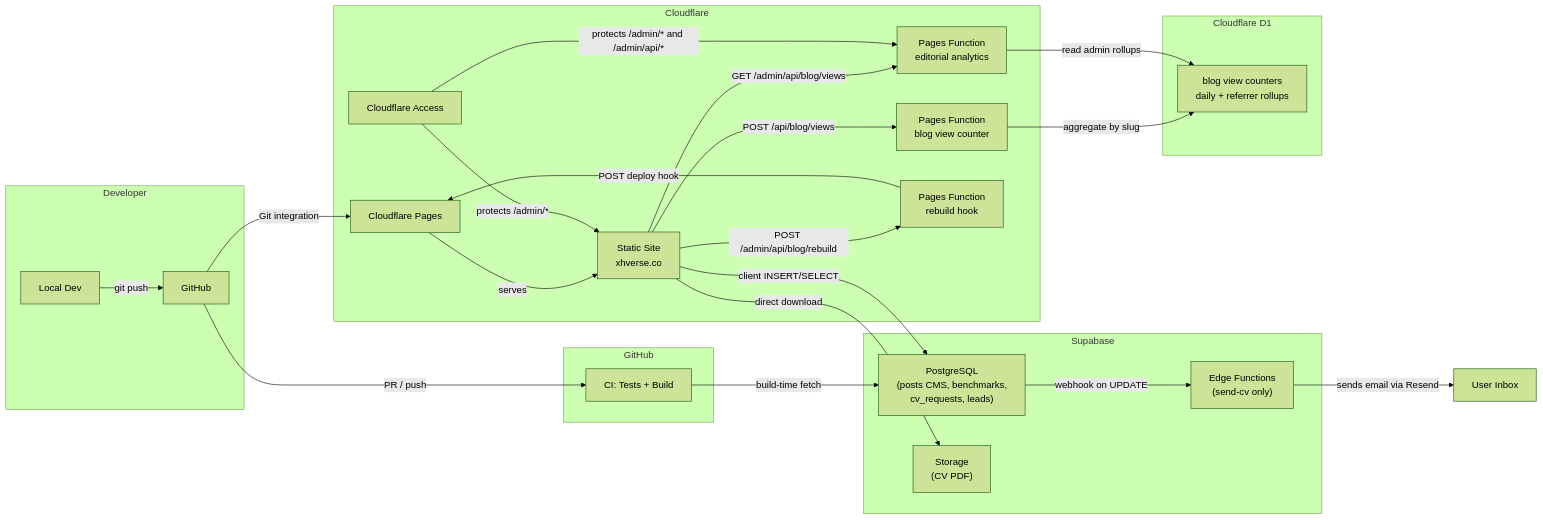
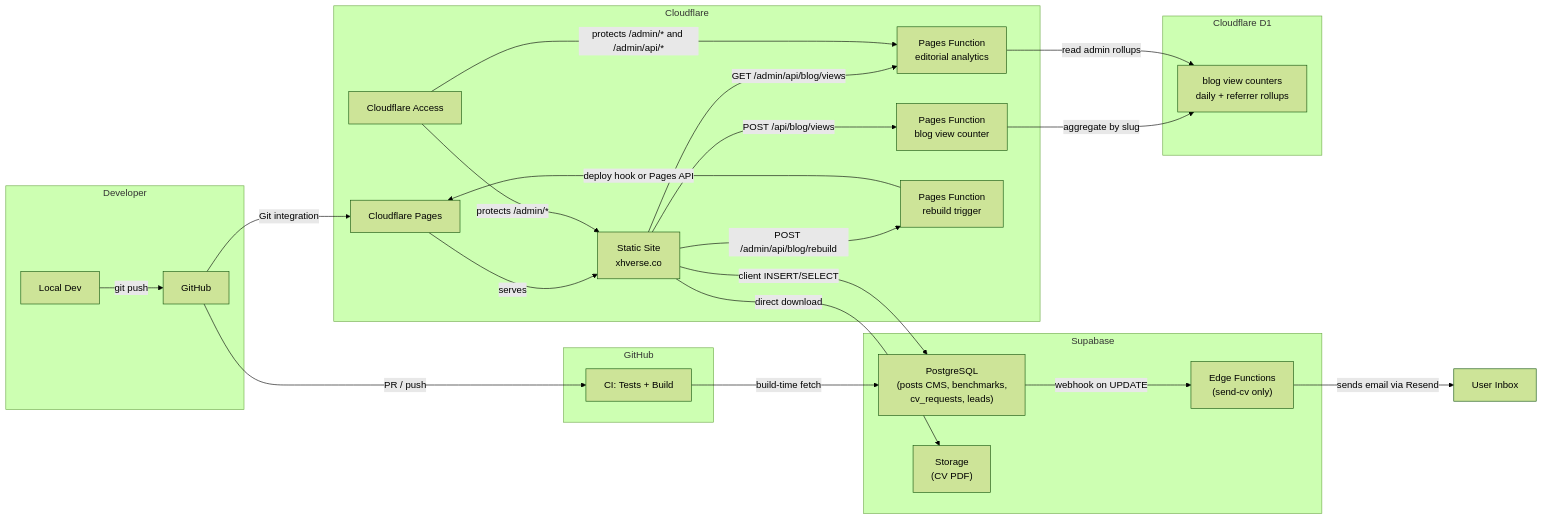
Before and after one commit to devruji/xhverse-site: the diagram in README.md, drawn with Mermaid (forest theme). The commit also changed other lines of this file and 5 other files, not shown here.

Commit message:
Add Pages API rebuild trigger for blog admin

````diff
--- a/README.md
+++ b/README.md
@@ -24,41 +24,41 @@
 ```mermaid
 graph LR
     subgraph Developer
         A[Local Dev] -->|git push| B[GitHub]
     end
 
     subgraph GitHub
         B -->|PR / push| C[CI: Tests + Build]
     end
 
     subgraph Cloudflare
         B -->|Git integration| D[Cloudflare Pages]
         D -->|serves| E["Static Site<br/>xhverse.co"]
         F["Cloudflare Access"] -->|protects /admin/*| E
         E -->|POST /api/blog/views| K["Pages Function<br/>blog view counter"]
         E -->|GET /admin/api/blog/views| L["Pages Function<br/>editorial analytics"]
-        E -->|POST /admin/api/blog/rebuild| N["Pages Function<br/>rebuild hook"]
+        E -->|POST /admin/api/blog/rebuild| N["Pages Function<br/>rebuild trigger"]
         F -->|protects /admin/* and /admin/api/*| L
     end
 
     subgraph Supabase
         G["PostgreSQL<br/>(posts CMS, benchmarks,<br/>cv_requests, leads)"]
         H["Storage<br/>(CV PDF)"]
         I["Edge Functions<br/>(send-cv only)"]
     end
 
     subgraph CloudflareD1["Cloudflare D1"]
         M["blog view counters<br/>daily + referrer rollups"]
     end
 
     C -->|build-time fetch| G
-    N -->|POST deploy hook| D
+    N -->|deploy hook or Pages API| D
     E -->|client INSERT/SELECT| G
     E -->|direct download| H
     G -->|webhook on UPDATE| I
     I -->|sends email via Resend| J[User Inbox]
     K -->|aggregate by slug| M
     L -->|read admin rollups| M
 
     %% v3 deferred: no unique visitor tracking or fingerprinting in this phase
 ```
````
